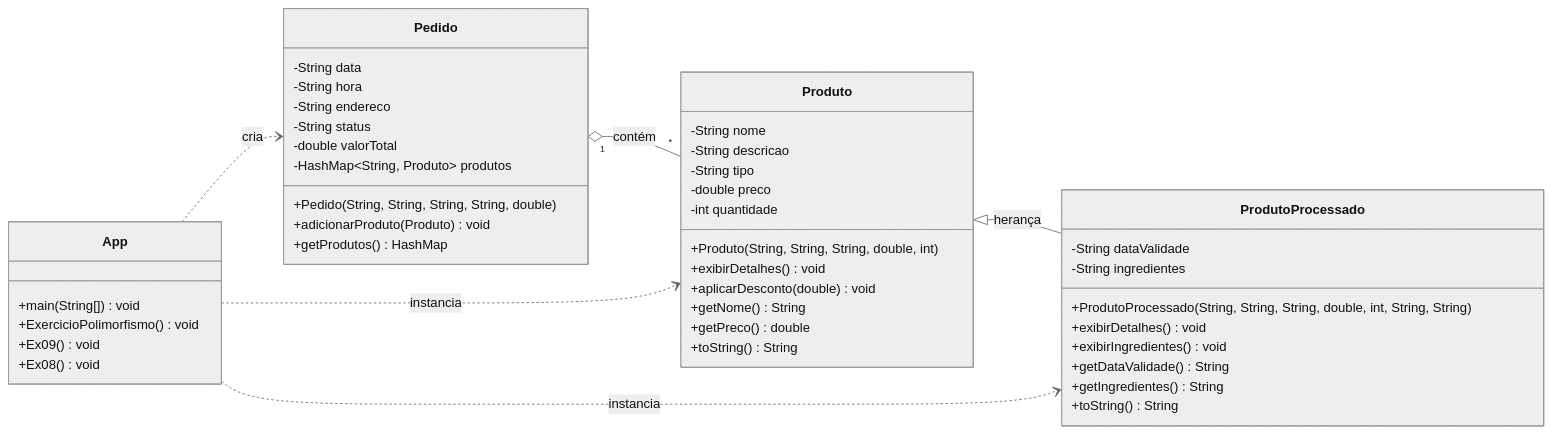
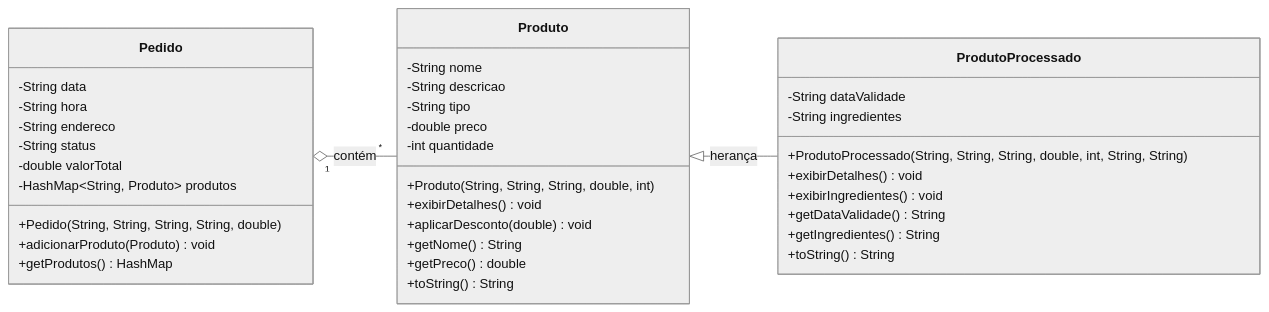
Before and after one commit to POO-EC-2026-2/grupo4: the diagram in docs/diagrama-polimorfismo.mmd, drawn with Mermaid (neutral theme).

Commit message:
Remove App from UML diagram

```diff
--- a/docs/diagrama-polimorfismo.mmd
+++ b/docs/diagrama-polimorfismo.mmd
@@ -1,52 +1,42 @@
 classDiagram
     direction LR
 
     class Produto {
         -String nome
         -String descricao
         -String tipo
         -double preco
         -int quantidade
         +Produto(String, String, String, double, int)
         +exibirDetalhes() void
         +aplicarDesconto(double) void
         +getNome() String
         +getPreco() double
         +toString() String
     }
 
     class ProdutoProcessado {
         -String dataValidade
         -String ingredientes
         +ProdutoProcessado(String, String, String, double, int, String, String)
         +exibirDetalhes() void
         +exibirIngredientes() void
         +getDataValidade() String
         +getIngredientes() String
         +toString() String
     }
 
     class Pedido {
         -String data
         -String hora
         -String endereco
         -String status
         -double valorTotal
         -HashMap~String, Produto~ produtos
         +Pedido(String, String, String, String, double)
         +adicionarProduto(Produto) void
         +getProdutos() HashMap
     }
 
-    class App {
-        +main(String[]) void
-        +ExercicioPolimorfismo() void
-        +Ex09() void
-        +Ex08() void
-    }
-
     Produto <|-- ProdutoProcessado : herança
     Pedido "1" o-- "*" Produto : contém
-    App ..> Pedido : cria
-    App ..> Produto : instancia
-    App ..> ProdutoProcessado : instancia
```
